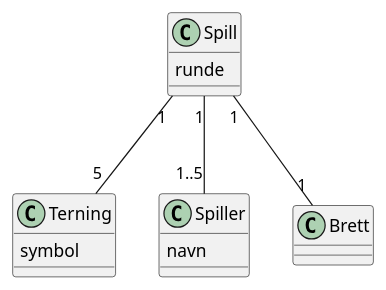
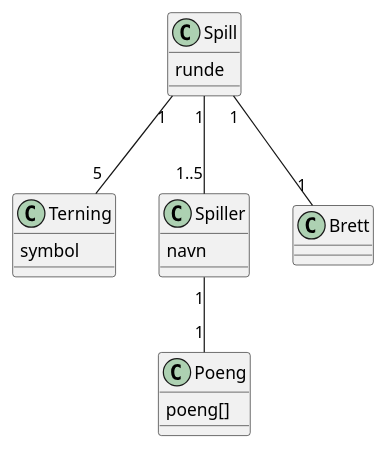
One commit to 571730/DAT109-Yatzoo changed the diagram in out/production/YatzeeWEB/no/hvl/dat109/uml/klassediagram.puml. Above: the diagram before and after it, drawn with PlantUML. The commit also changed 12 other files, not shown here.

```diff
--- a/out/production/YatzeeWEB/no/hvl/dat109/uml/klassediagram.puml
+++ b/out/production/YatzeeWEB/no/hvl/dat109/uml/klassediagram.puml
@@ -1,22 +1,26 @@
 @startuml
 
 class Terning{
 symbol
 }
 class Spiller{
 navn
 }
 class Brett
 class Spill {
 runde
 }
+class Poeng{
+poeng[]
+}
 
 
+Spiller "1" -- "1" Poeng
 Spill "1" -- "5" Terning
 Spill -- Spiller : "1" "1..5"
 Spill -- Brett : "1" "1"
 
 
 
 
 @enduml
```
